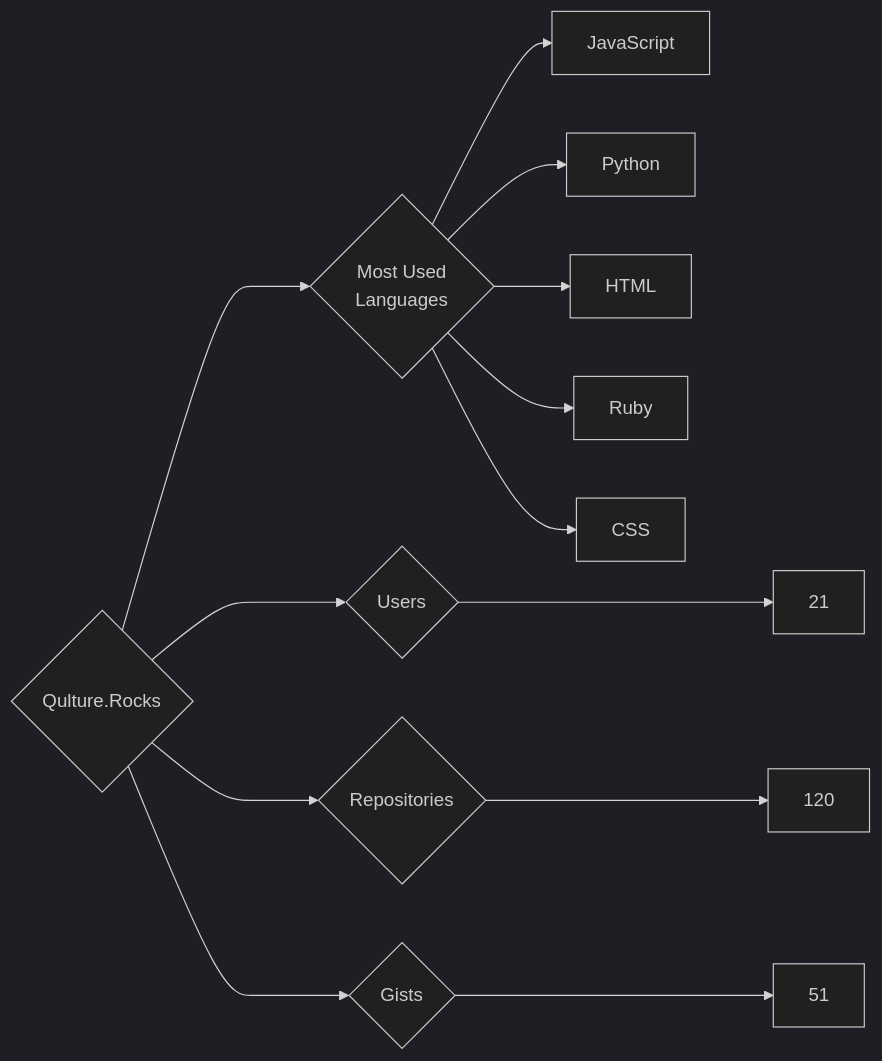
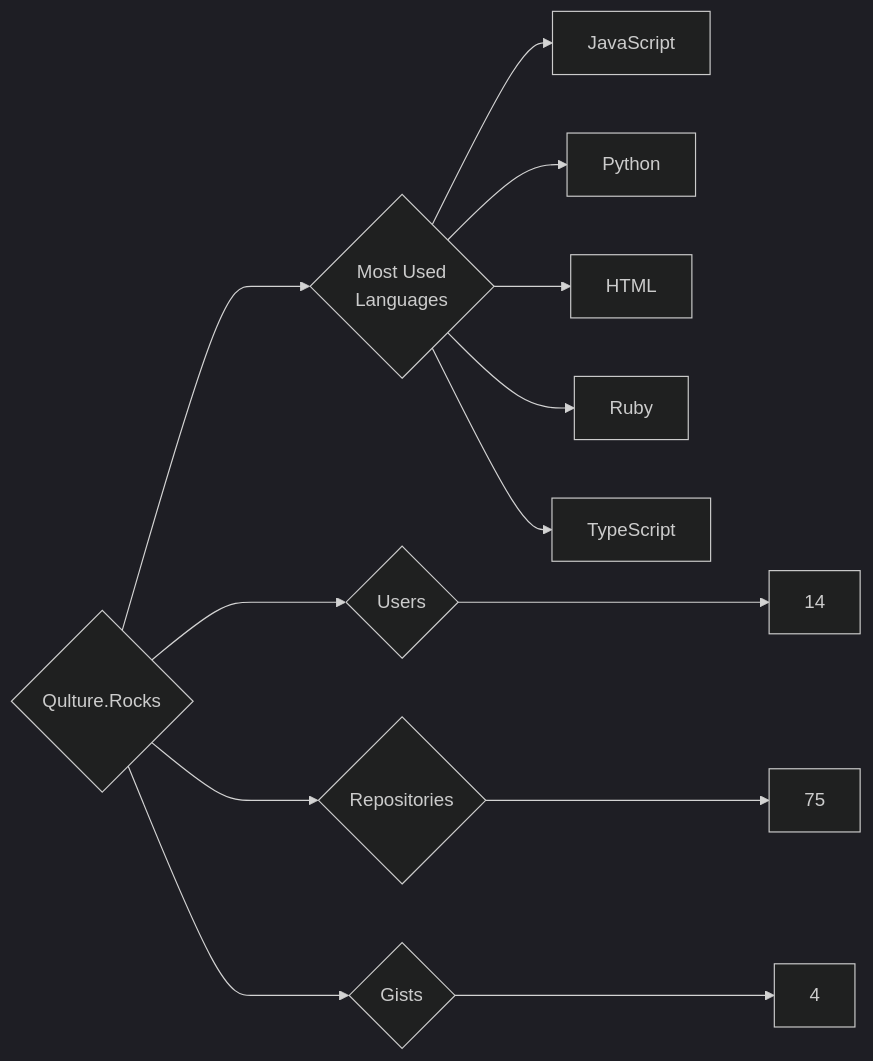
One commit to trickest/insiders changed the diagram in targets/Qulture.Rocks/README.md. Above: the diagram before and after it, drawn with Mermaid (dark theme). The commit also changed 973 other files, not shown here.

````diff
--- a/targets/Qulture.Rocks/README.md
+++ b/targets/Qulture.Rocks/README.md
@@ -3,13 +3,13 @@
 ```mermaid
 graph LR
 COMPANY_NAME{Qulture.Rocks}
-COMPANY_NAME ---> U{Users} ---> UN[21]
-COMPANY_NAME ---> R{Repositories} ---> RN[120]
-COMPANY_NAME ---> G{Gists} ---> GN[51]
+COMPANY_NAME ---> U{Users} ---> UN[14]
+COMPANY_NAME ---> R{Repositories} ---> RN[75]
+COMPANY_NAME ---> G{Gists} ---> GN[4]
 COMPANY_NAME ---> ML{Most Used<br>Languages}
 ML --> JavaScript[JavaScript]
 ML --> Python[Python]
 ML --> HTML[HTML]
 ML --> Ruby[Ruby]
-ML --> CSS[CSS]
+ML --> TypeScript[TypeScript]
 ```
````
